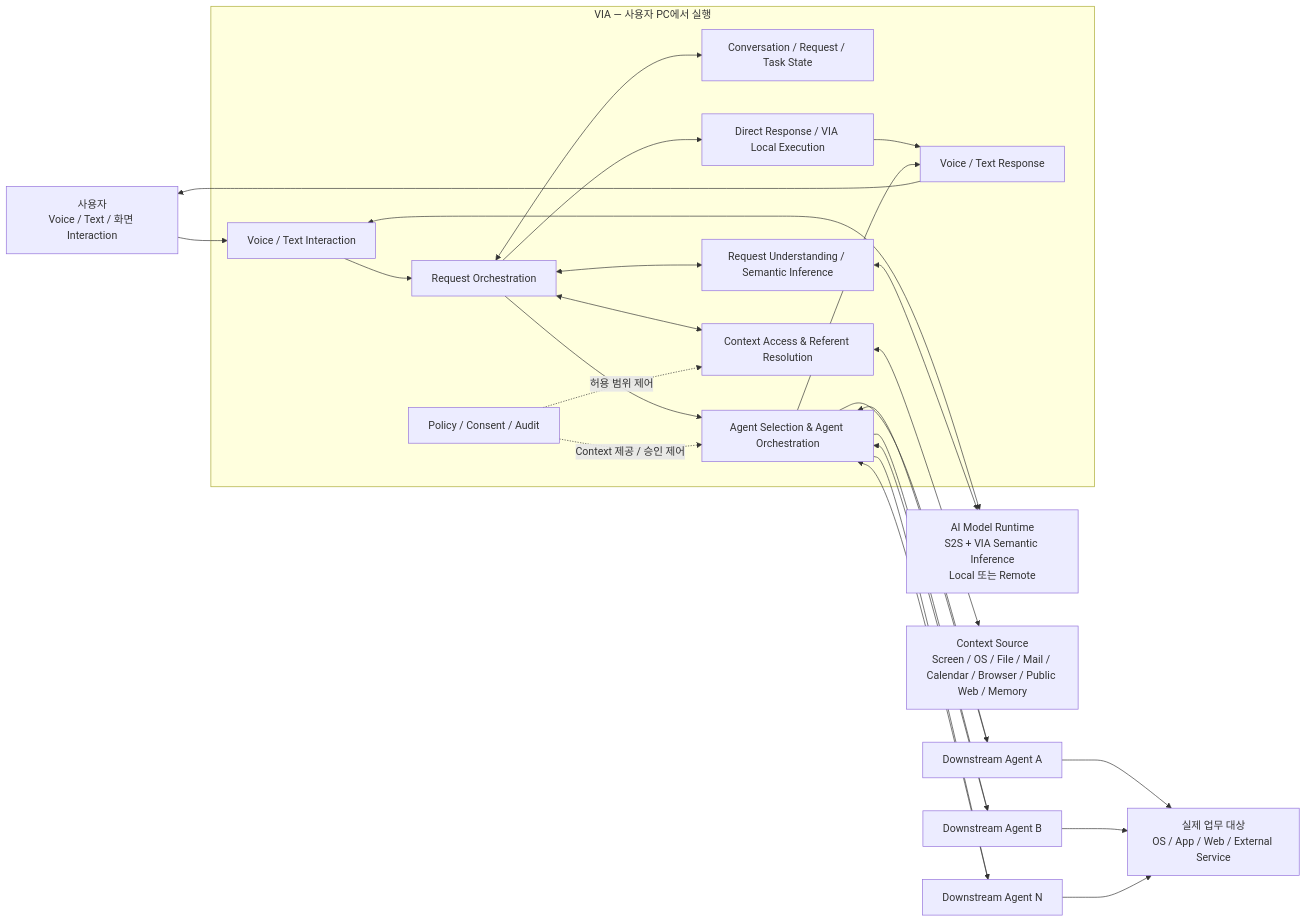
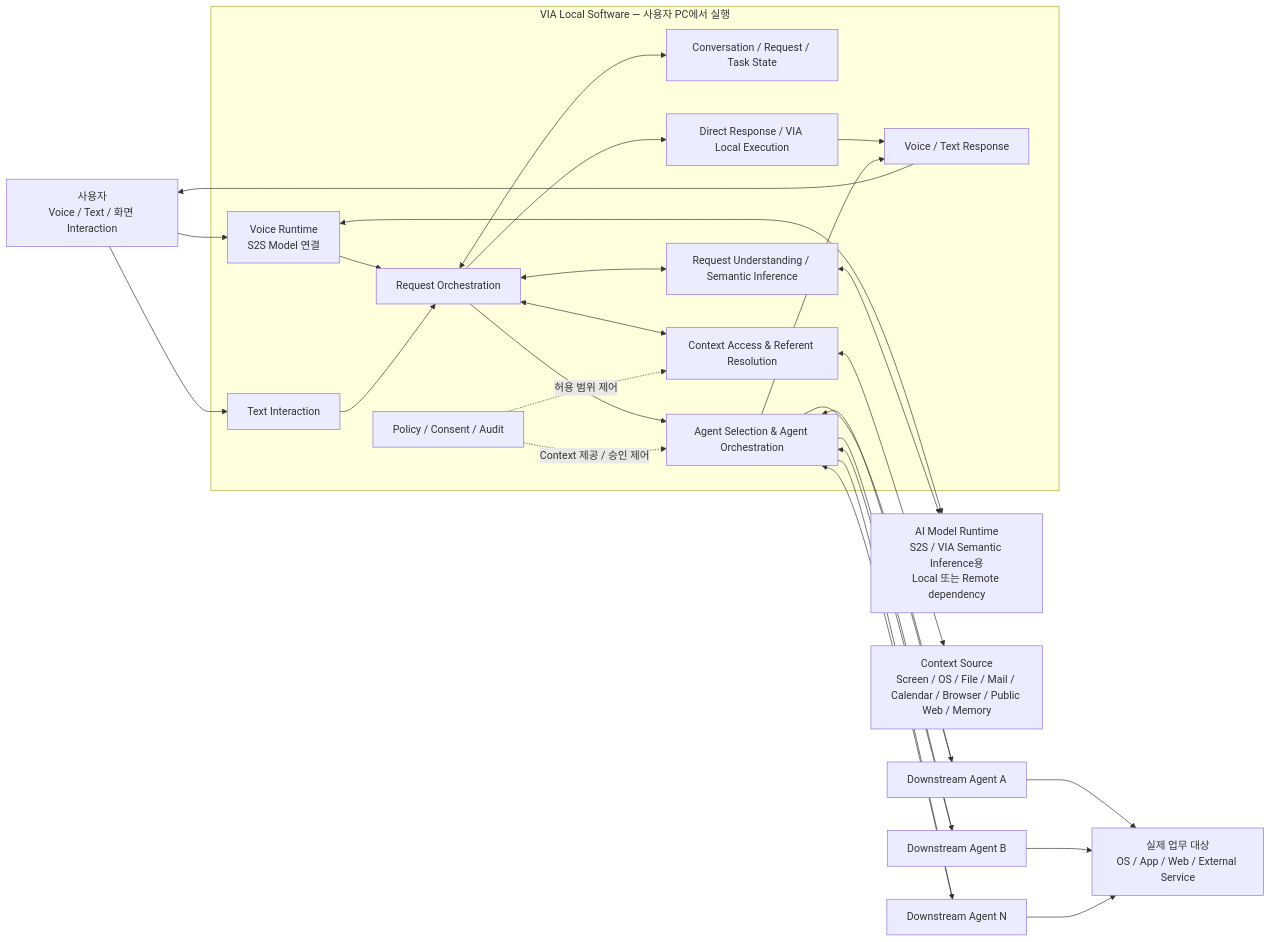
Before and after one commit to cbyche/via-sw-architecture: the first of 2 diagrams in docs/rebaseline/03-fixed-architecture-scope-r1.md, drawn with Mermaid. The commit also changed other lines of this file, not shown here.

Commit message:
docs: align R1 runtime boundary and responsibility wording

````diff
--- a/docs/rebaseline/03-fixed-architecture-scope-r1.md
+++ b/docs/rebaseline/03-fixed-architecture-scope-r1.md
@@ -45,57 +45,60 @@
 ```mermaid
 flowchart LR
     U["사용자<br/>Voice / Text / 화면 Interaction"]
 
-    subgraph VIA["VIA — 사용자 PC에서 실행"]
-        VI["Voice / Text Interaction"]
+    subgraph VIA["VIA Local Software — 사용자 PC에서 실행"]
+        VR["Voice Runtime<br/>S2S Model 연결"]
+        TI["Text Interaction"]
         CS["Conversation / Request / Task State"]
         CX["Context Access & Referent Resolution"]
         SI["Request Understanding / Semantic Inference"]
         RO["Request Orchestration"]
         DR["Direct Response / VIA Local Execution"]
         AO["Agent Selection & Agent Orchestration"]
         RESP["Voice / Text Response"]
         POL["Policy / Consent / Audit"]
     end
 
-    MODEL["AI Model Runtime<br/>S2S + VIA Semantic Inference<br/>Local 또는 Remote"]
+    MODEL["AI Model Runtime<br/>S2S / VIA Semantic Inference용<br/>Local 또는 Remote dependency"]
     CTX["Context Source<br/>Screen / OS / File / Mail / Calendar / Browser / Public Web / Memory"]
 
     A1["Downstream Agent A"]
     A2["Downstream Agent B"]
     AN["Downstream Agent N"]
 
     TARGET["실제 업무 대상<br/>OS / App / Web / External Service"]
 
-    U --> VI
-    VI --> RO
+    U --> VR
+    U --> TI
+    VR --> RO
+    TI --> RO
 
     RO <--> CS
     RO <--> CX
     RO <--> SI
     RO --> DR
     RO --> AO
 
     CX <--> CTX
-    VI <--> MODEL
+    VR <--> MODEL
     SI <--> MODEL
 
     POL -. "허용 범위 제어" .-> CX
     POL -. "Context 제공 / 승인 제어" .-> AO
 
     AO --> A1
     AO --> A2
     AO --> AN
 
     A1 --> TARGET
     A2 --> TARGET
     AN --> TARGET
 
     A1 --> AO
     A2 --> AO
     AN --> AO
 
     DR --> RESP
     AO --> RESP
     RESP --> U
 ```
````
